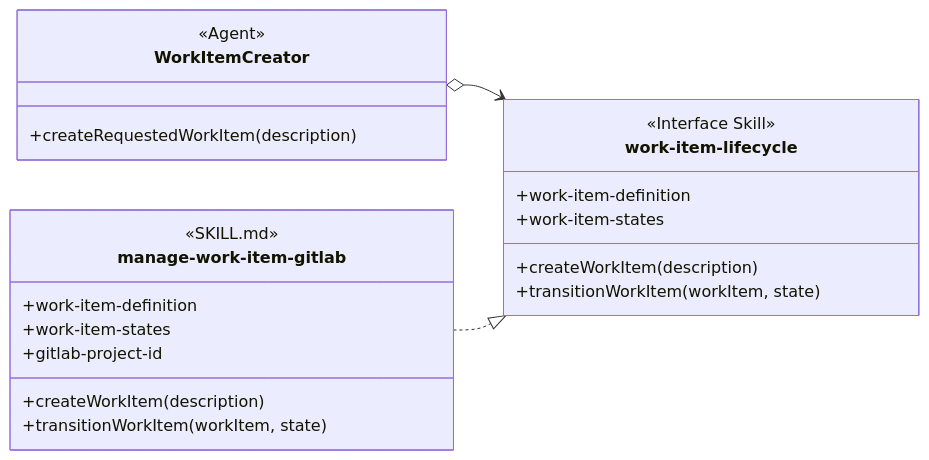
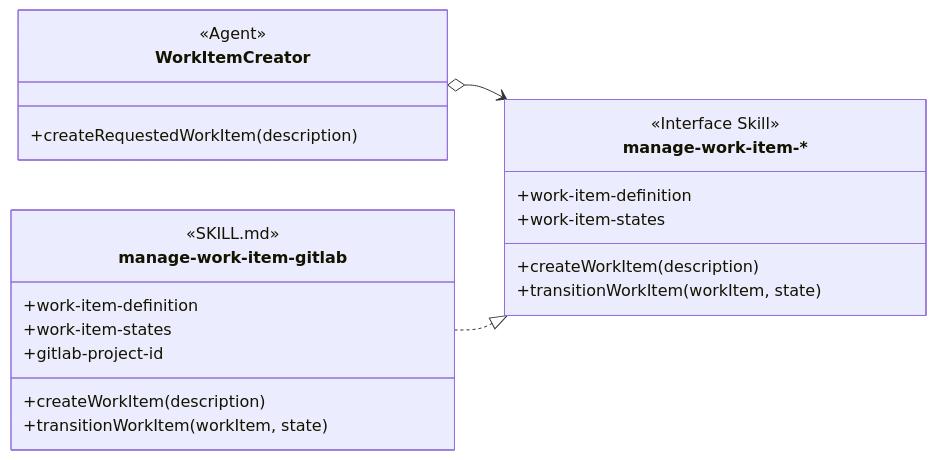
Before and after one commit to martinbechard/dev-methodology: diagram 12 of 15 in design/object-oriented-agent-and-skill-model.md, drawn with Mermaid. The commit also changed other lines of this file and 2 other files, not shown here.

Commit message:
docs: align work-item interface routing

````diff
--- a/design/object-oriented-agent-and-skill-model.md
+++ b/design/object-oriented-agent-and-skill-model.md
@@ -571,30 +565,30 @@
 ```mermaid
 classDiagram
     direction LR
 
     class WorkItemCreator {
         <<Agent>>
         +createRequestedWorkItem(description)
     }
 
-    class work-item-lifecycle {
+    class manage-work-item["manage-work-item-*"] {
         <<Interface Skill>>
         +work-item-definition
         +work-item-states
         +createWorkItem(description)
         +transitionWorkItem(workItem, state)
     }
 
     class manage-work-item-gitlab {
         <<SKILL.md>>
         <<Implementation Skill>>
         +work-item-definition
         +work-item-states
         +gitlab-project-id
         +createWorkItem(description)
         +transitionWorkItem(workItem, state)
     }
 
-    WorkItemCreator o--> work-item-lifecycle
-    manage-work-item-gitlab ..|> work-item-lifecycle
+    WorkItemCreator o--> manage-work-item
+    manage-work-item-gitlab ..|> manage-work-item
 ```
````
